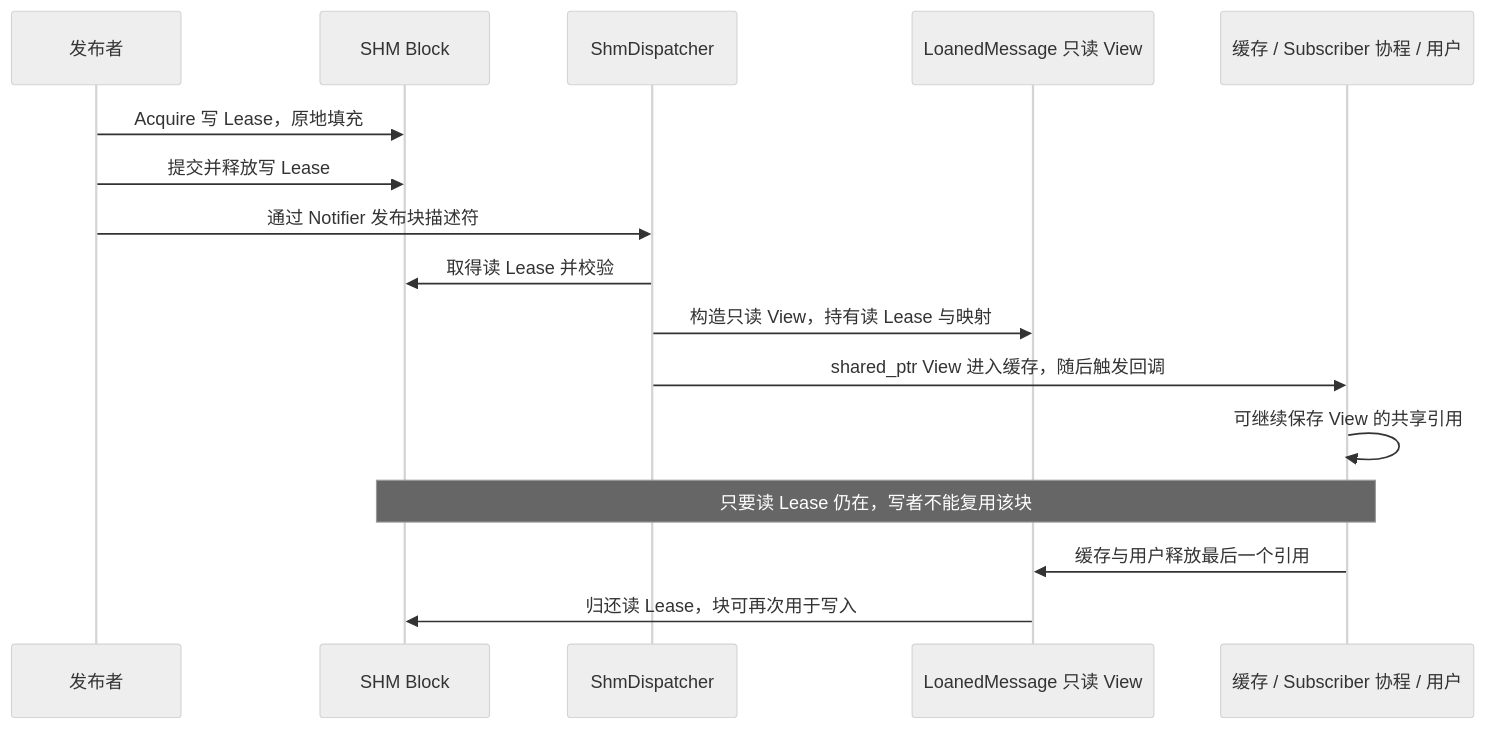
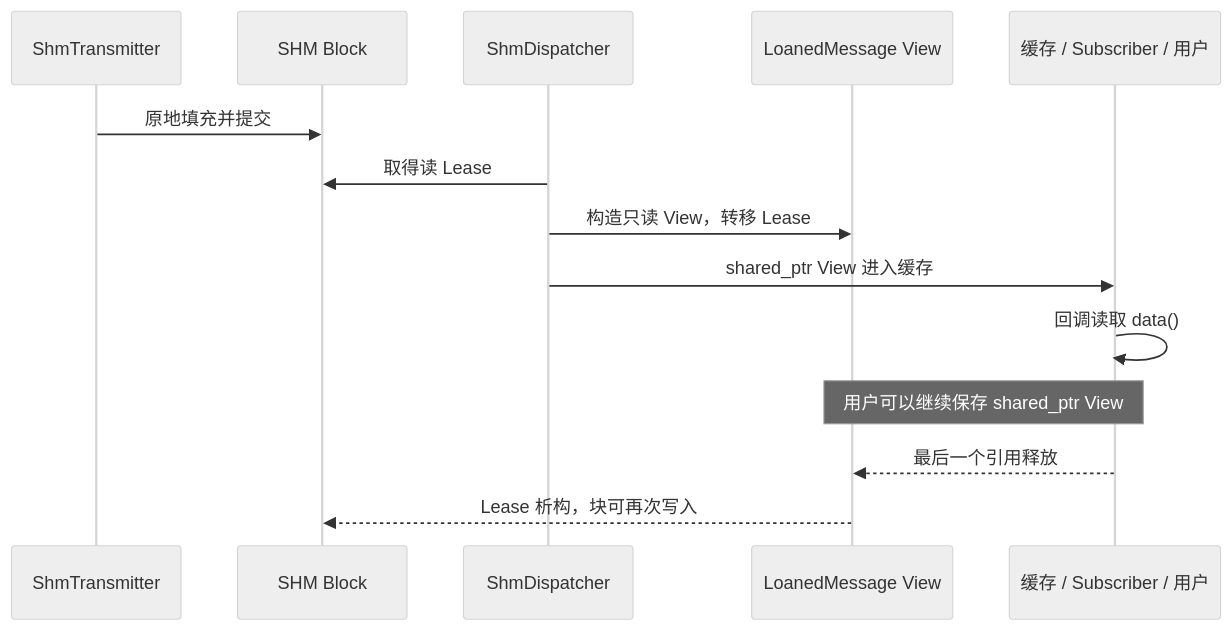
The seventh of 13 diagrams in doc/architecture.md (jzh03/cpp_MINI-CyberRT), drawn with Mermaid (neutral theme) before and after one commit. The commit also changed other lines of this file and 13 other files, not shown here.

````diff
--- a/doc/architecture.md
+++ b/doc/architecture.md
@@ -365,18 +263,16 @@
 ```mermaid
 sequenceDiagram
-    participant P as 发布者
+    participant T as ShmTransmitter
     participant B as SHM Block
     participant D as ShmDispatcher
-    participant V as LoanedMessage 只读 View
-    participant C as 缓存 / Subscriber 协程 / 用户
-    P->>B: Acquire 写 Lease，原地填充
-    P->>B: 提交并释放写 Lease
-    P->>D: 通过 Notifier 发布块描述符
-    D->>B: 取得读 Lease 并校验
-    D->>V: 构造只读 View，持有读 Lease 与映射
-    D->>C: shared_ptr View 进入缓存，随后触发回调
-    C->>C: 可继续保存 View 的共享引用
-    Note over B,C: 只要读 Lease 仍在，写者不能复用该块
-    C->>V: 缓存与用户释放最后一个引用
-    V->>B: 归还读 Lease，块可再次用于写入
+    participant V as LoanedMessage View
+    participant C as 缓存 / Subscriber / 用户
+    T->>B: 原地填充并提交
+    D->>B: 取得读 Lease
+    D->>V: 构造只读 View，转移 Lease
+    D->>C: shared_ptr View 进入缓存
+    C->>C: 回调读取 data()
+    Note over C,V: 用户可以继续保存 shared_ptr View
+    C-->>V: 最后一个引用释放
+    V-->>B: Lease 析构，块可再次写入
 ```
````
